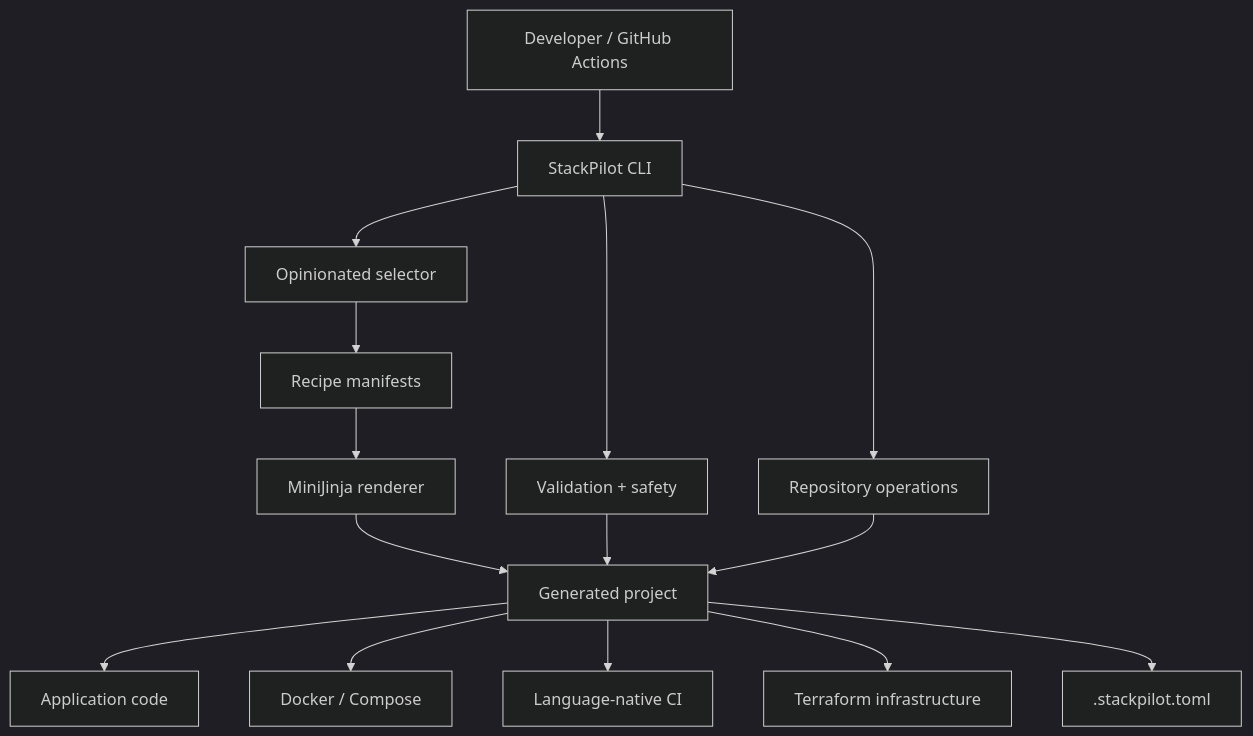
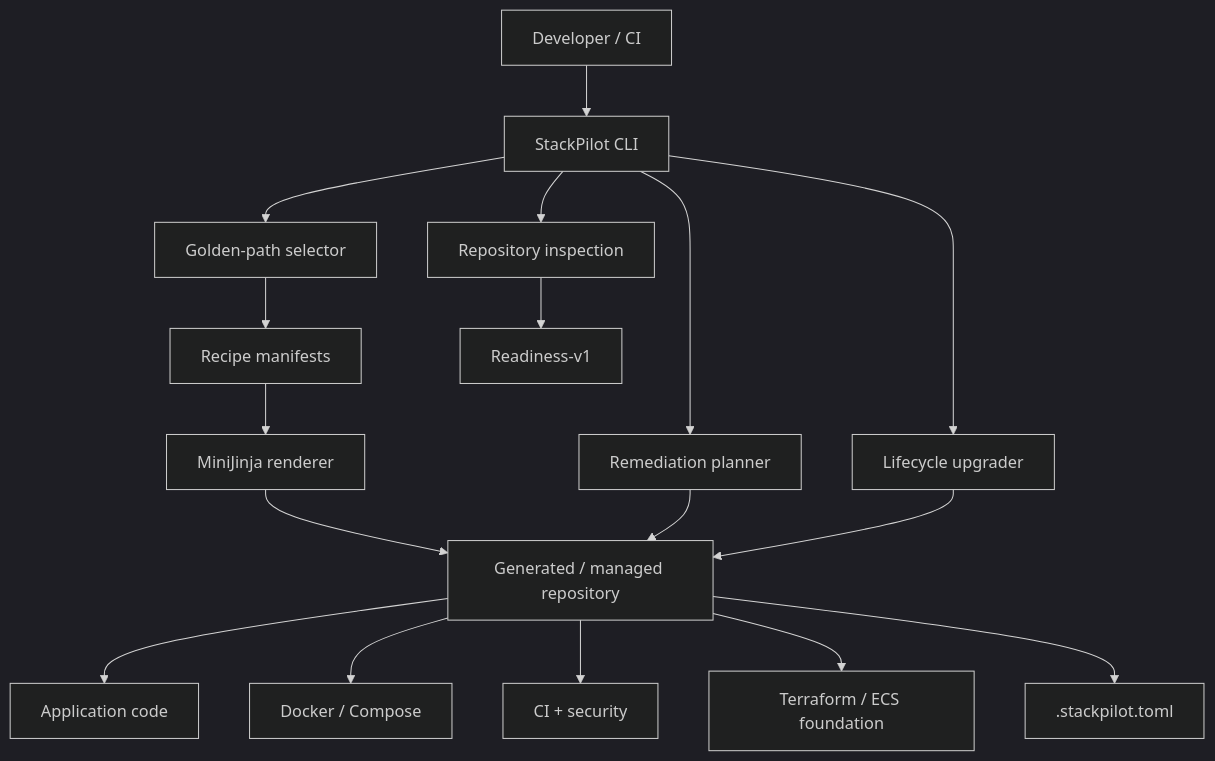
The second of 2 diagrams in README.md (gODtECH-Ctl-Create/StackPilot), drawn with Mermaid (dark theme) before and after one commit. The commit also changed other lines of this file and 9 other files, not shown here.

First line of the commit message:
release: prepare StackPilot v0.2.0

````diff
--- a/README.md
+++ b/README.md
@@ -250,21 +326,23 @@
 ```mermaid
 graph TD
-    U[Developer / GitHub Actions] --> CLI[StackPilot CLI]
+    U[Developer / CI] --> CLI[StackPilot CLI]
 
-    CLI --> SEL[Opinionated selector]
-    CLI --> VAL[Validation + safety]
-    CLI --> OPS[Repository operations]
+    CLI --> SEL[Golden-path selector]
+    CLI --> INS[Repository inspection]
+    CLI --> FIX[Remediation planner]
+    CLI --> UP[Lifecycle upgrader]
 
     SEL --> REC[Recipe manifests]
     REC --> MJ[MiniJinja renderer]
-    MJ --> OUT[Generated project]
+    MJ --> OUT[Generated / managed repository]
 
-    VAL --> OUT
-    OPS --> OUT
+    INS --> SCORE[Readiness-v1]
+    FIX --> OUT
+    UP --> OUT
 
     OUT --> APP[Application code]
     OUT --> DOC[Docker / Compose]
-    OUT --> CI[Language-native CI]
-    OUT --> INF[Terraform infrastructure]
+    OUT --> CI[CI + security]
+    OUT --> INF[Terraform / ECS foundation]
     OUT --> CFG[.stackpilot.toml]
 ```
````
